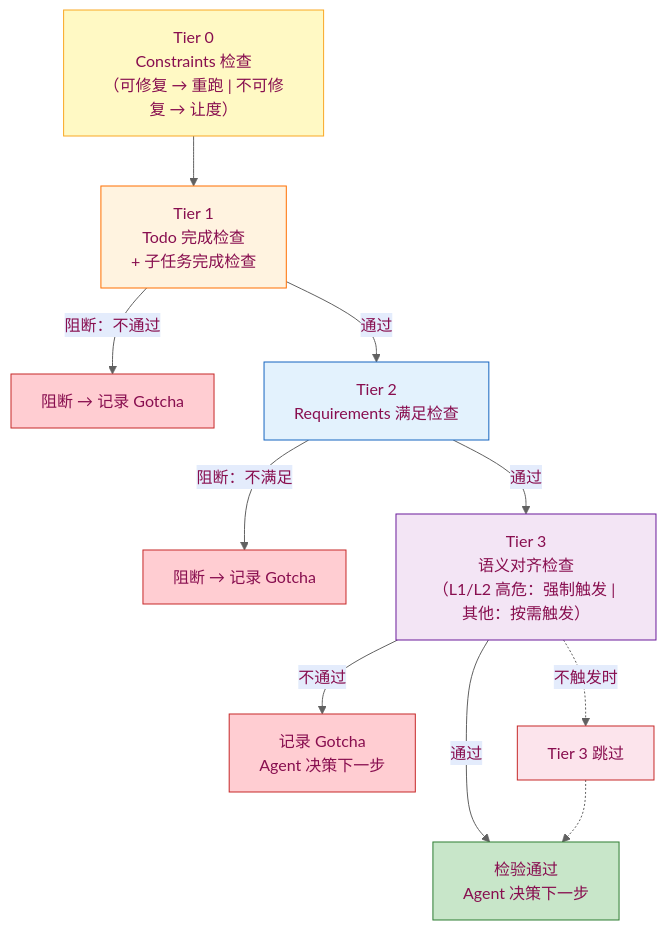
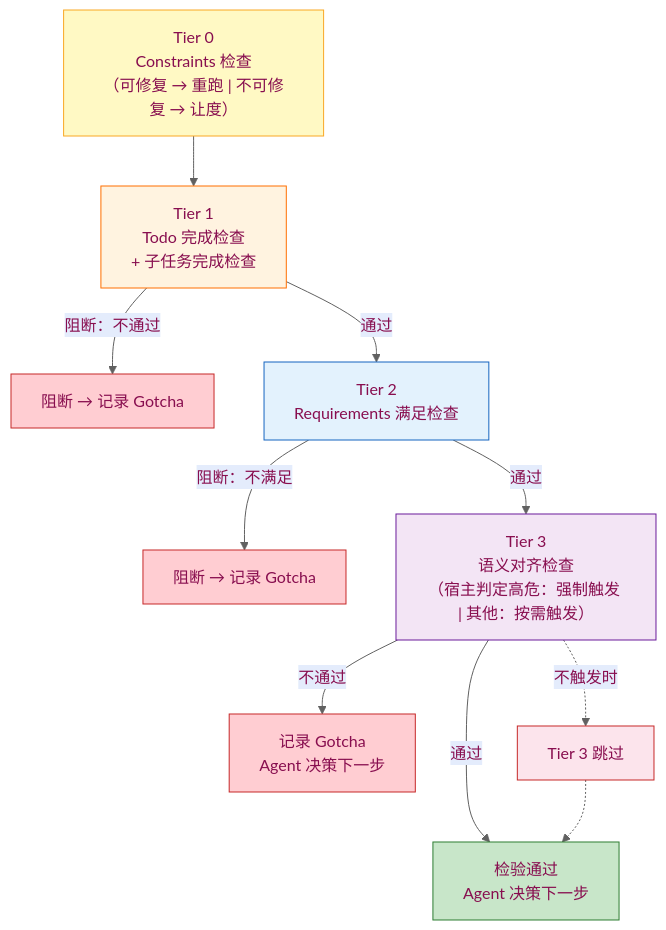
The ninth of 10 diagrams in docs/spec.md (Lazyn0tBug/mem0ress), drawn with Mermaid before and after one commit. The commit also changed other lines of this file, not shown here.

````diff
--- a/docs/spec.md
+++ b/docs/spec.md
@@ -559,22 +559,22 @@
 ```mermaid
 %% label：四层检验递进关系
 %%{ init: { 'theme': 'base', 'themeVariables': { 'primaryColor': '#fce4ec', 'primaryTextColor': '#880e4f', 'primaryBorderColor': '#c62828', 'lineColor': '#616161', 'noteBkgColor': '#fce4ec', 'noteTextColor': '#880e4f' } } }%%
 flowchart TB
     T0["Tier 0\nConstraints 检查\n（可修复 → 重跑 | 不可修复 → 让度）"] --> T1["Tier 1\nTodo 完成检查\n+ 子任务完成检查"]
     T1 -->|阻断：不通过| BLOCK1["阻断 → 记录 Gotcha"]
     T1 -->|通过| T2["Tier 2\nRequirements 满足检查"]
     T2 -->|阻断：不满足| BLOCK2["阻断 → 记录 Gotcha"]
-    T2 -->|通过| T3["Tier 3\n语义对齐检查\n（L1/L2 高危：强制触发 | 其他：按需触发）"]
+    T2 -->|通过| T3["Tier 3\n语义对齐检查\n（宿主判定高危：强制触发 | 其他：按需触发）"]
     T3 -->|通过| PASS["检验通过\nAgent 决策下一步"]
     T3 -->|不通过| BLOCK3["记录 Gotcha\nAgent 决策下一步"]
     T3 -.->|不触发时| SKIP["Tier 3 跳过"]
     SKIP -.-> PASS
     style T0 fill:#fff9c4,stroke:#f9a825
     style T1 fill:#fff3e0,stroke:#ff6f00
     style T2 fill:#e3f2fd,stroke:#1565c0
     style T3 fill:#f3e5f5,stroke:#6a1b9a
     style BLOCK1 fill:#ffcdd2,stroke:#c62828
     style BLOCK2 fill:#ffcdd2,stroke:#c62828
     style BLOCK3 fill:#ffcdd2,stroke:#c62828
     style PASS fill:#c8e6c9,stroke:#2e7d32
 ```
````
